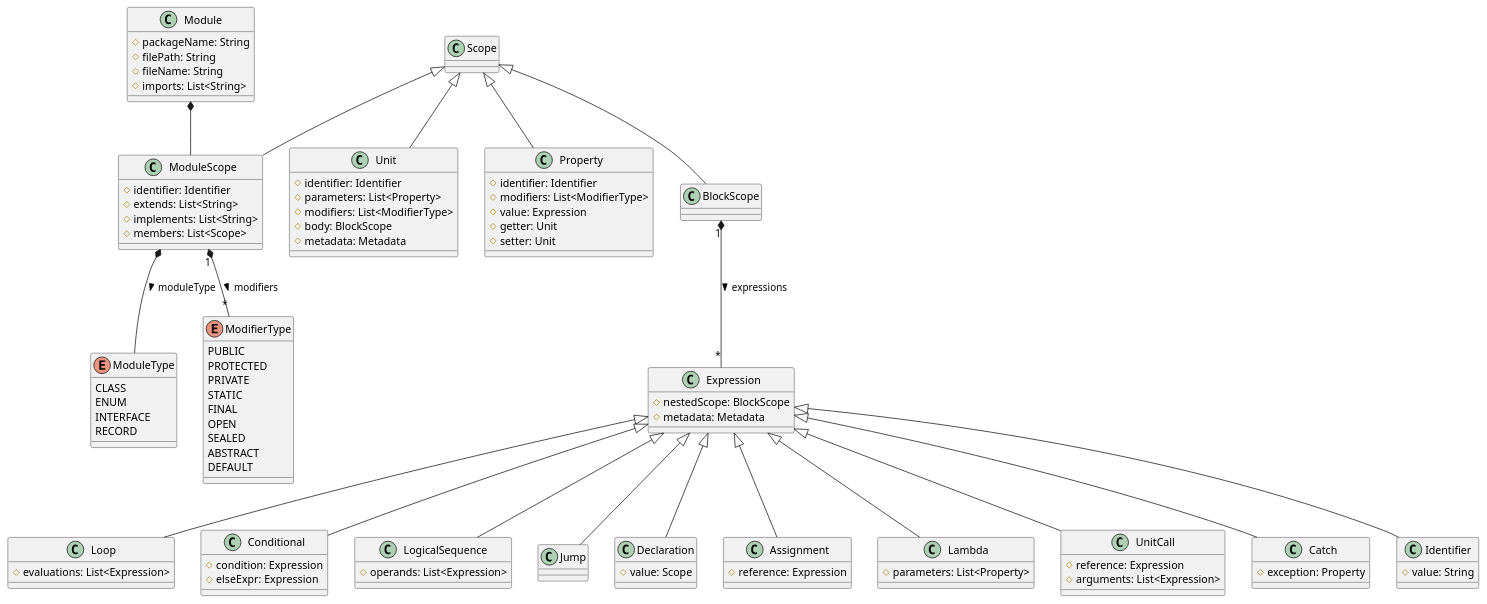
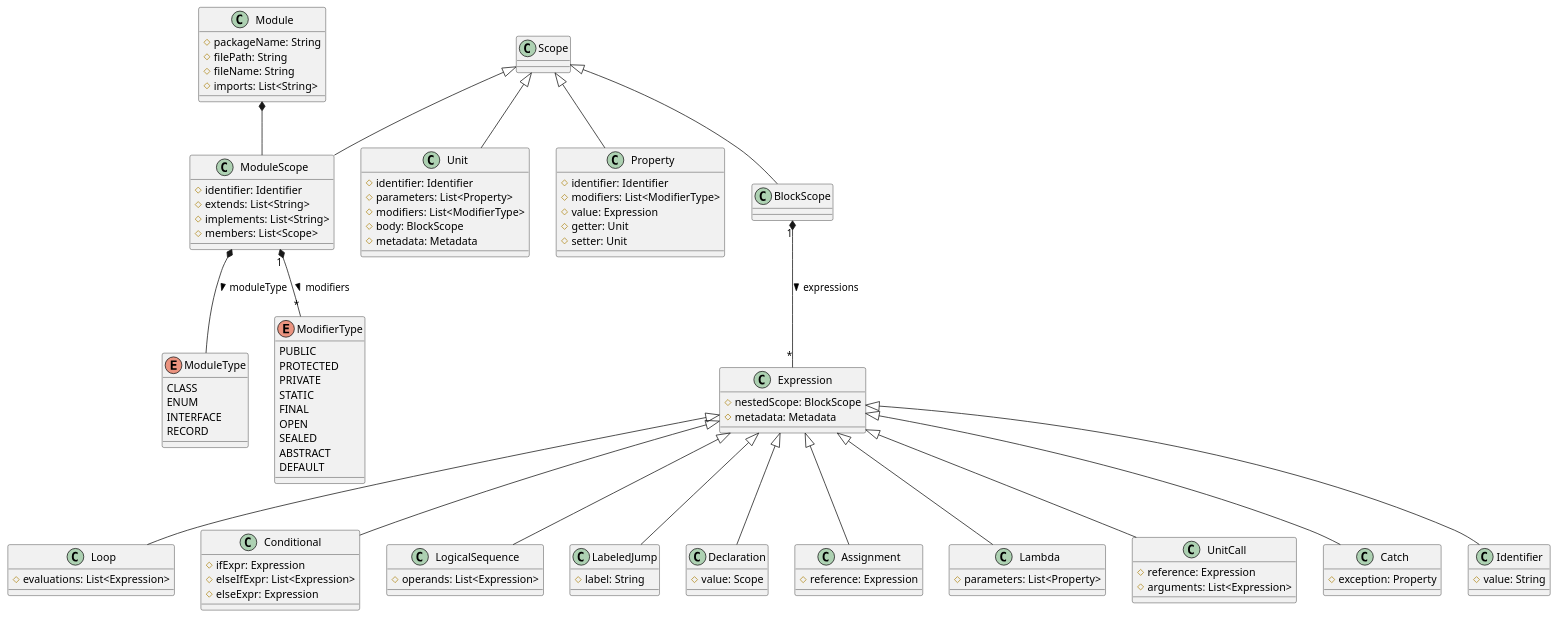
One commit to MarnickvdA/LAMP-Framework changed the diagram in docs/metamodel-v2-1.plantuml. Above: the diagram before and after it, drawn with PlantUML. The commit also changed 39 other files, not shown here.

Commit message:
Added Cognitive Complexity Metric, updated metamodel with LabeledJump and If, ElseIf and Else within one Conditional nested scope. Updated Java Transformer to flatten else if statements and logical sequences of the same kind (||, &&)

```diff
--- a/docs/metamodel-v2-1.plantuml
+++ b/docs/metamodel-v2-1.plantuml
@@ -1,104 +1,107 @@
 @startuml
 class Module
 class Scope
 class ModuleScope
 class Unit
 class Property
 class Expression
 class BlockScope
 
 class Loop
 class Conditional
 class LogicalSequence
-class Jump
+class LabeledJump
 class Declaration
 class Assignment
 class Lambda
 class UnitCall
 
 enum ModuleType {
     CLASS
     ENUM
     INTERFACE
     RECORD
 }
 
 enum ModifierType {
     PUBLIC
     PROTECTED
     PRIVATE
     STATIC
     FINAL
     OPEN
     SEALED
     ABSTRACT
     DEFAULT
 }
 
 Module : # packageName: String
 Module : # filePath: String
 Module : # fileName: String
 Module : # imports: List<String>
 Module *-- ModuleScope
 
 Scope <|-- ModuleScope
 Scope <|-- Unit
 Scope <|-- Property
 Scope <|-- BlockScope
 
 ModuleScope : # identifier: Identifier
 ModuleScope : # extends: List<String>
 ModuleScope : # implements: List<String>
 ModuleScope : # members: List<Scope>
 ModuleScope "1" *-- "*" ModifierType : modifiers >
 ModuleScope *-- ModuleType : moduleType >
 
 Unit : # identifier: Identifier
 Unit : # parameters: List<Property>
 Unit : # modifiers: List<ModifierType>
 Unit : # body: BlockScope
 Unit : # metadata: Metadata
 
 Property : # identifier: Identifier
 Property : # modifiers: List<ModifierType>
 Property : # value: Expression
 Property : # getter: Unit
 Property : # setter: Unit
 
 BlockScope "1" *-- "*" Expression : expressions >
 
 Expression : # nestedScope: BlockScope
 Expression : # metadata: Metadata
 
 Expression <|-- Loop
 Expression <|-- Conditional
 Expression <|-- LogicalSequence
-Expression <|-- Jump
+Expression <|-- LabeledJump
 Expression <|-- Declaration
 Expression <|-- Assignment
 Expression <|-- Lambda
 Expression <|-- UnitCall
 Expression <|-- Catch
 Expression <|-- Identifier
 
 Identifier : # value: String
 
 Catch : # exception: Property
 
 Loop : # evaluations: List<Expression>
 
-Conditional : # condition: Expression
+Conditional : # ifExpr: Expression
+Conditional : # elseIfExpr: List<Expression>
 Conditional : # elseExpr: Expression
 
 LogicalSequence : # operands: List<Expression>
+
+LabeledJump : # label: String
 
 Lambda : # parameters: List<Property>
 
 UnitCall : # reference: Expression
 UnitCall : # arguments: List<Expression>
 
 Declaration : # value: Scope
 
 Assignment : # reference: Expression
 
 @enduml
```
